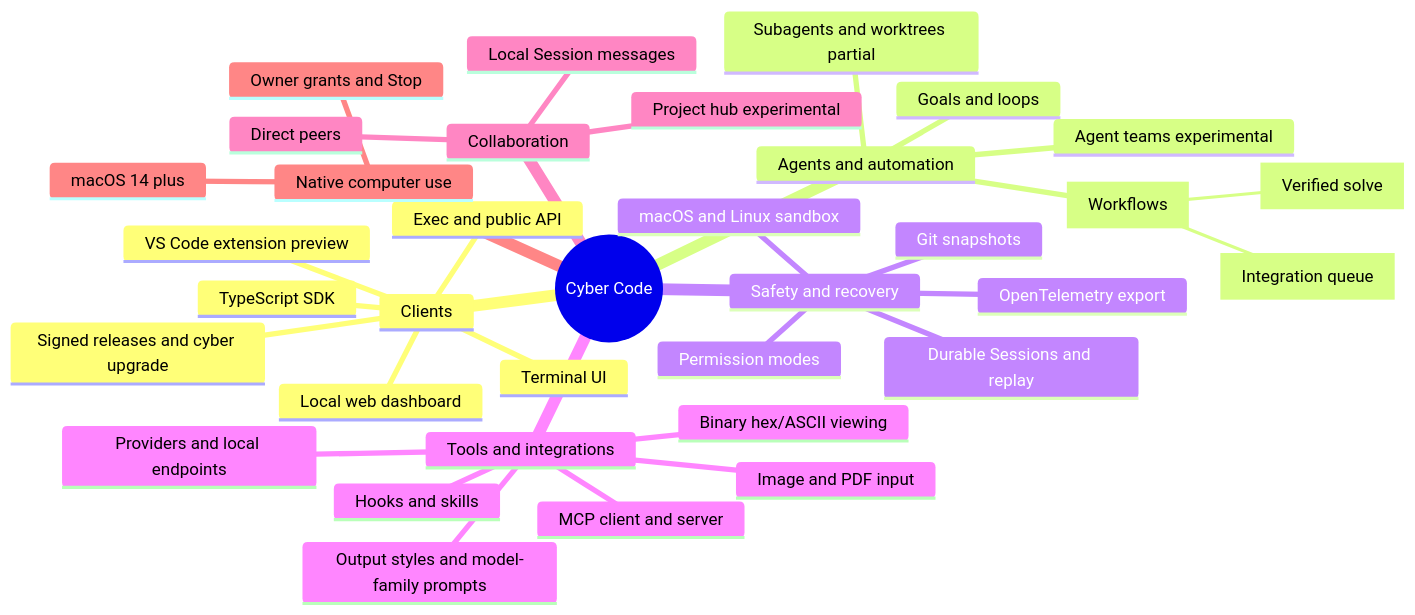
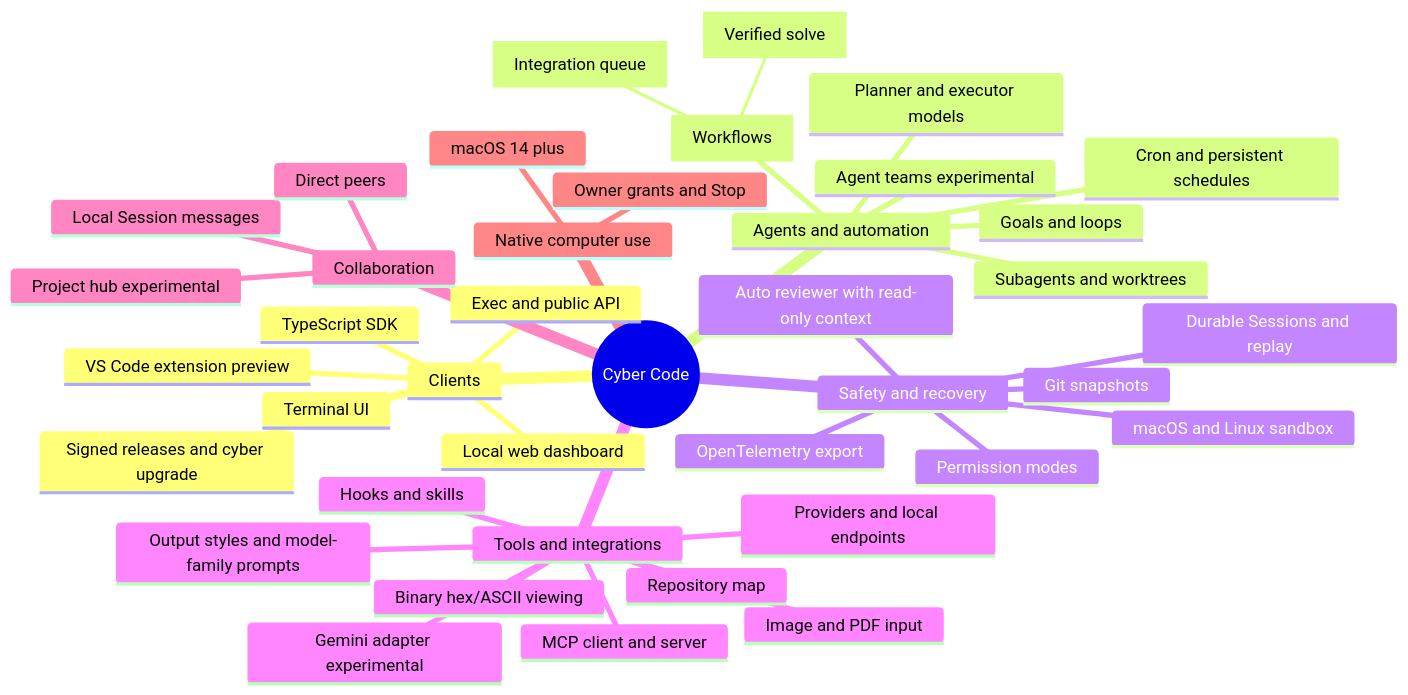
Before and after one commit to CyberdyneCorp/cybercode-cli: the diagram in README.md, drawn with Mermaid. The commit also changed other lines of this file and 4 other files, not shown here.

````diff
--- a/README.md
+++ b/README.md
@@ -130,38 +132,43 @@
 ```mermaid
 mindmap
   root((Cyber Code))
     Clients
       Terminal UI
       Exec and public API
       Local web dashboard
       VS Code extension preview
       TypeScript SDK
       Signed releases and cyber upgrade
     Agents and automation
-      Subagents and worktrees partial
+      Subagents and worktrees
+      Planner and executor models
       workflows["Workflows"]
         solve["Verified solve"]
         integrations["Integration queue"]
       Goals and loops
+      Cron and persistent schedules
       Agent teams experimental
     Safety and recovery
       Permission modes
+      Auto reviewer with read-only context
       macOS and Linux sandbox
       Git snapshots
       Durable Sessions and replay
       OpenTelemetry export
     Tools and integrations
       Providers and local endpoints
+      Gemini adapter experimental
+      Repository map
       MCP client and server
       Hooks and skills
       Image and PDF input
       Binary hex/ASCII viewing
       Output styles and model-family prompts
     Collaboration
       Local Session messages
       Direct peers
       Project hub experimental
     Native computer use
       macOS 14 plus
       Owner grants and Stop
 ```
````
